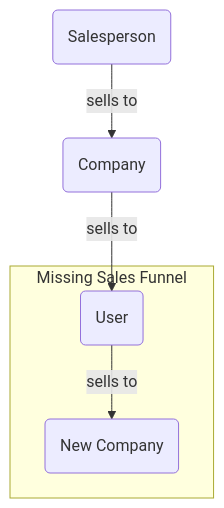
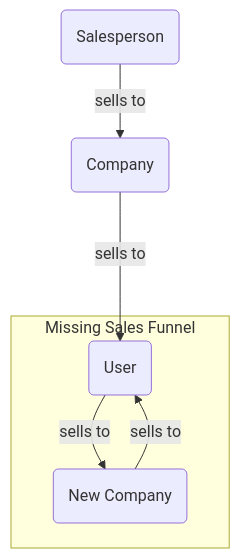
Before and after one commit to dreamcatcher-tech/network: the second of 2 diagrams in Inbox/2022-10-21 Raytio signup flow.md, drawn with Mermaid. The commit also changed other lines of this file and 3 other files, not shown here.

````diff
--- a/Inbox/2022-10-21 Raytio signup flow.md
+++ b/Inbox/2022-10-21 Raytio signup flow.md
@@ -35,8 +42,9 @@
 ```mermaid
 graph TD
 	S(Salesperson) -->|sells to| C(Company)
-	C -->|sells to| U(User)
+	C --->|sells to| U(User)
 	subgraph Missing Sales Funnel
+	N -->|sells to| U
 		U -->|sells to| N(New Company)
 	end
 ```
````
